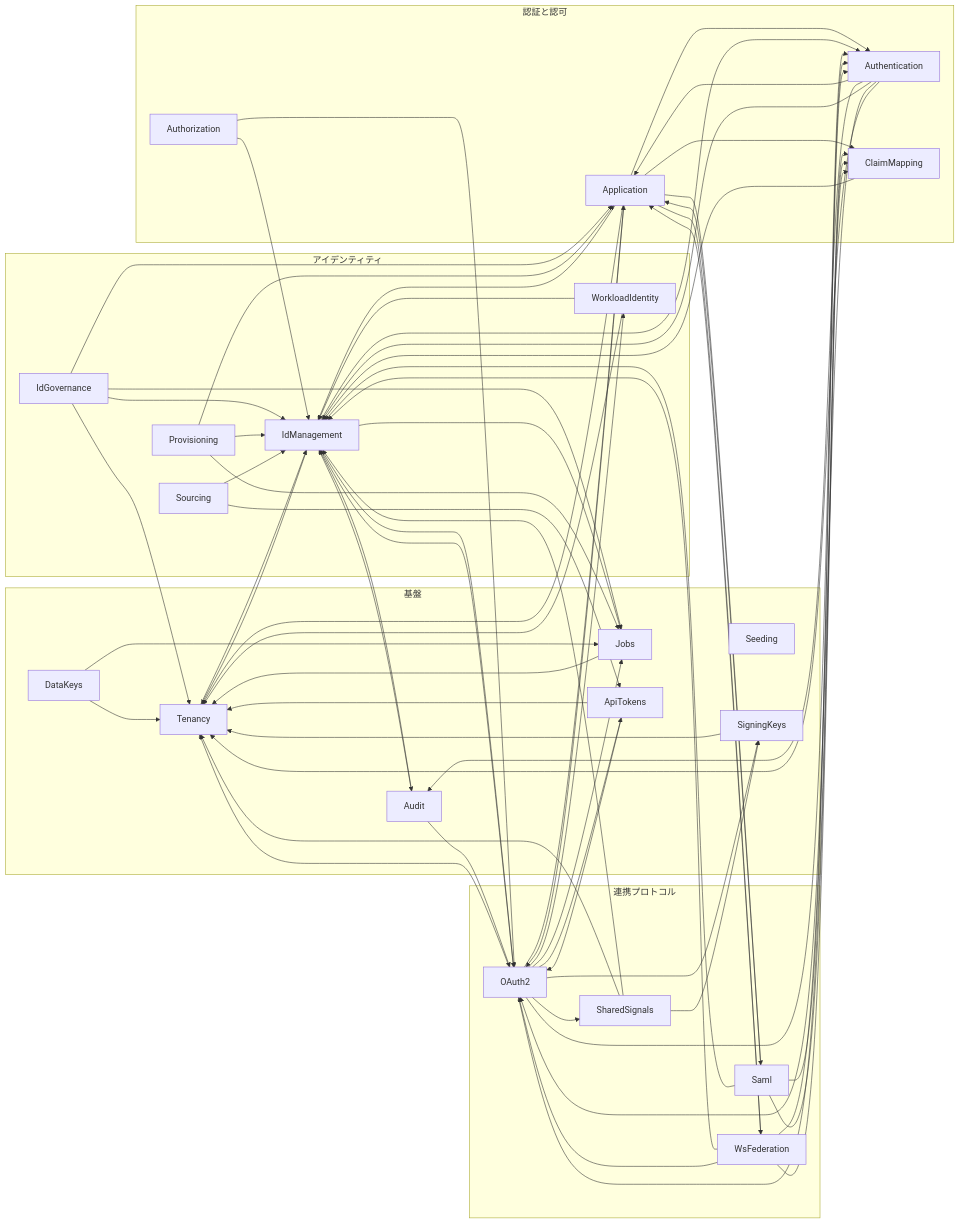
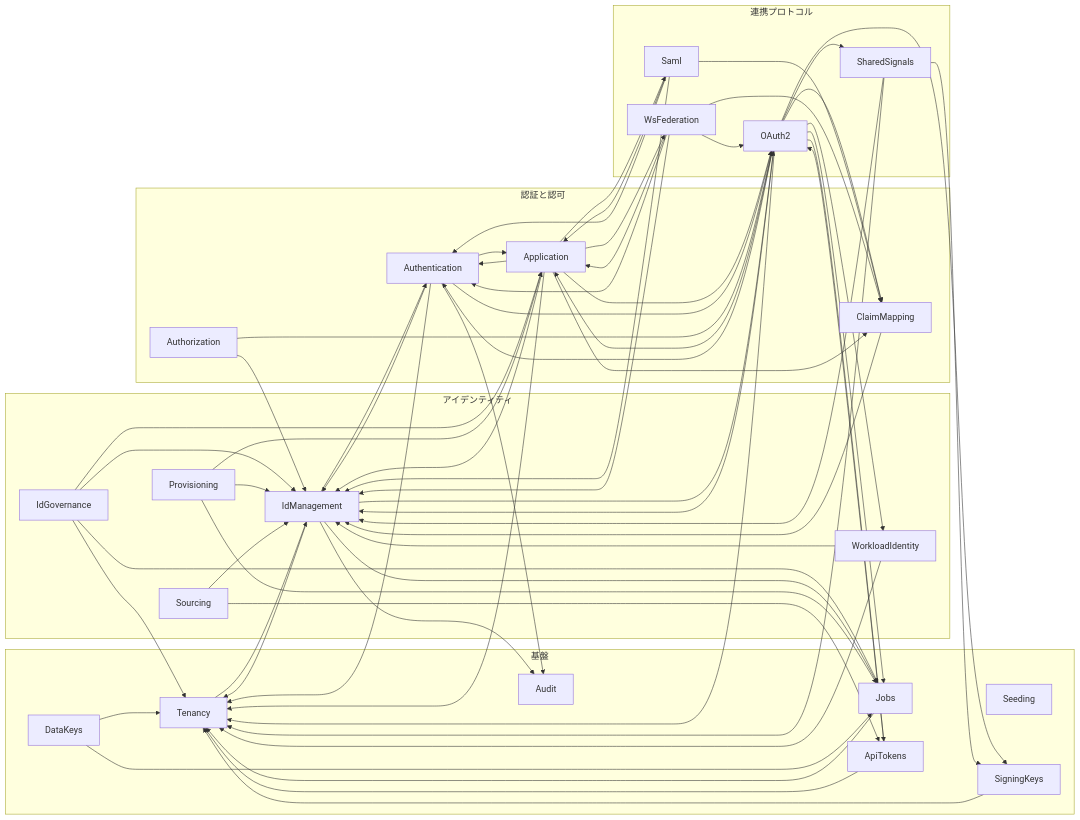
One commit to ambi/idmagic changed the diagram in docs/modules/README.md. Above: the diagram before and after it, drawn with Mermaid. The commit also changed 15 other files, not shown here.

```diff
--- a/docs/modules/README.md
+++ b/docs/modules/README.md
@@ -135,8 +135,6 @@
   Application --> Saml
   Application --> Tenancy
   Application --> WsFederation
-  Audit --> IdManagement
-  Audit --> OAuth2
   Authentication --> Application
   Authentication --> Audit
   Authentication --> IdManagement
```
